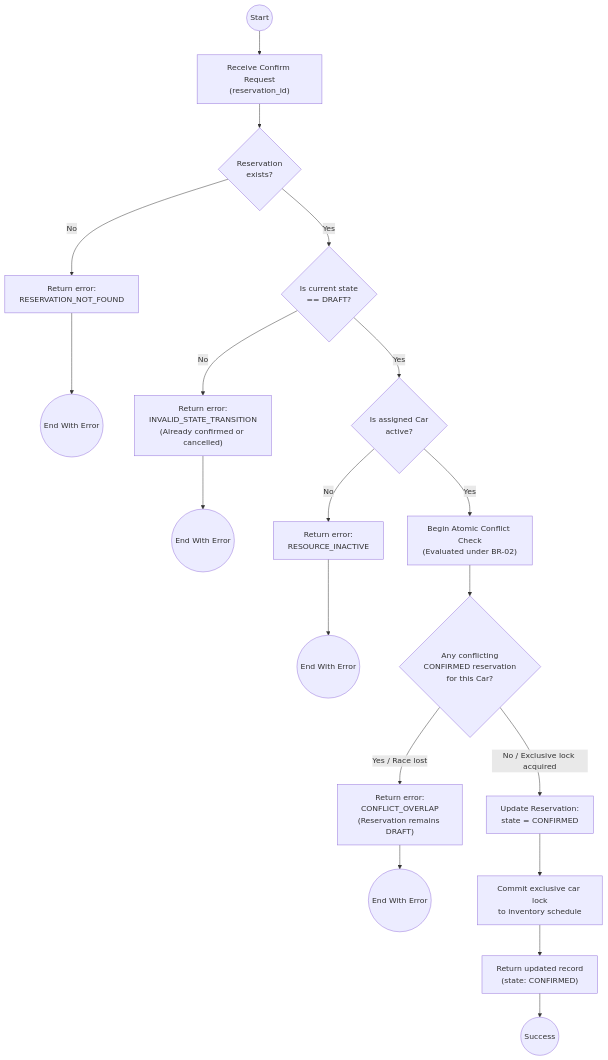
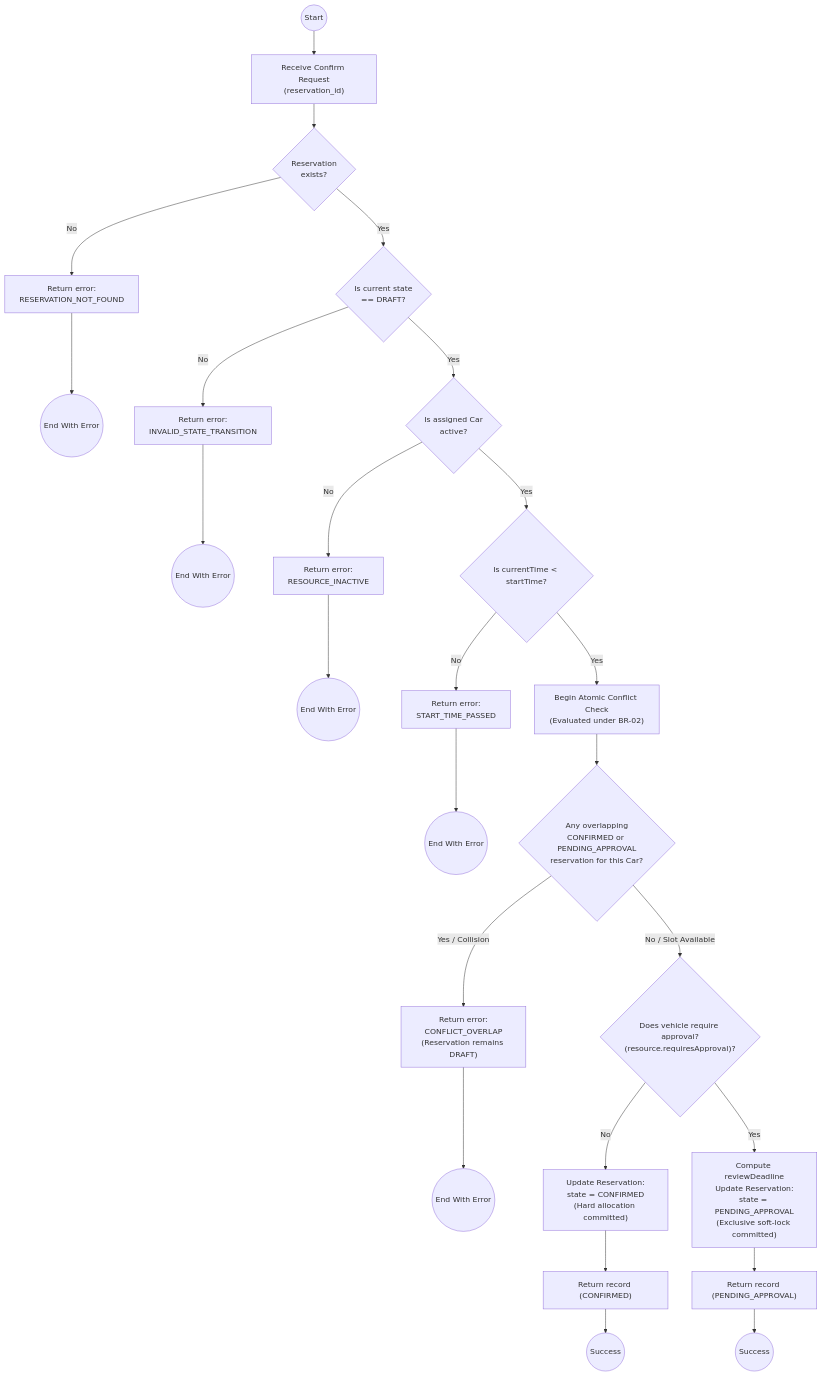
The diagram in docs/specification/operations/03-confirm-reservation/OP-03-confirm-reservation-flow.mmd (Zephy-X/AutaRepo), drawn with Mermaid before and after one commit. The commit also changed 57 other files, not shown here.

```diff
--- a/docs/specification/operations/03-confirm-reservation/OP-03-confirm-reservation-flow.mmd
+++ b/docs/specification/operations/03-confirm-reservation/OP-03-confirm-reservation-flow.mmd
@@ -1,25 +1,36 @@
 flowchart TD
     startNode((Start)) --> ReceiveConfirm["Receive Confirm Request<br>(reservation_id)"]
 
     ReceiveConfirm --> FindReservation{"Reservation<br>exists?"}
     FindReservation -- No --> ErrNotFound["Return error:<br>RESERVATION_NOT_FOUND"]
     ErrNotFound --> endErr1((End With Error))
 
     FindReservation -- Yes --> CheckState{"Is current state<br>== DRAFT?"}
-    CheckState -- No --> ErrState["Return error:<br>INVALID_STATE_TRANSITION<br>(Already confirmed or cancelled)"]
+    CheckState -- No --> ErrState["Return error:<br>INVALID_STATE_TRANSITION"]
     ErrState --> endErr2((End With Error))
 
     CheckState -- Yes --> CheckCarActive{"Is assigned Car<br>active?"}
     CheckCarActive -- No --> ErrCarInactive["Return error:<br>RESOURCE_INACTIVE"]
     ErrCarInactive --> endErr3((End With Error))
 
-    CheckCarActive -- Yes --> LockCheck["Begin Atomic Conflict Check<br>(Evaluated under BR-02)"]
-    LockCheck --> DetectCollision{"Any conflicting<br>CONFIRMED reservation<br>for this Car?"}
+    CheckCarActive -- Yes --> CheckTime{"Is currentTime < startTime?"}
+    CheckTime -- No --> ErrTime["Return error:<br>START_TIME_PASSED"]
+    ErrTime --> endErr4((End With Error))
 
-    DetectCollision -- Yes / Race lost --> ErrConflict["Return error:<br>CONFLICT_OVERLAP<br>(Reservation remains DRAFT)"]
-    ErrConflict --> endErr4((End With Error))
+    CheckTime -- Yes --> LockCheck["Begin Atomic Conflict Check<br>(Evaluated under BR-02)"]
+    LockCheck --> DetectCollision{"Any overlapping<br>CONFIRMED or PENDING_APPROVAL<br>reservation for this Car?"}
 
-    DetectCollision -- No / Exclusive lock acquired --> UpdateState["Update Reservation:<br>state = CONFIRMED"]
-    UpdateState --> CommitAllocation["Commit exclusive car lock<br>to inventory schedule"]
-    CommitAllocation --> ReturnConfirmed["Return updated record<br>(state: CONFIRMED)"]
-    ReturnConfirmed --> endSuccess((Success))
+    DetectCollision -- Yes / Collision --> ErrConflict["Return error:<br>CONFLICT_OVERLAP<br>(Reservation remains DRAFT)"]
+    ErrConflict --> endErr5((End With Error))
+
+    DetectCollision -- No / Slot Available --> CheckLuxury{"Does vehicle require approval?<br>(resource.requiresApproval)?"}
+
+%% Standard Vehicle Path
+    CheckLuxury -- No --> SetConfirmed["Update Reservation:<br>state = CONFIRMED<br>(Hard allocation committed)"]
+    SetConfirmed --> ReturnConfirmed["Return record (CONFIRMED)"]
+    ReturnConfirmed --> endSuccess1((Success))
+
+%% Luxury Vehicle Path
+    CheckLuxury -- Yes --> SetPending["Compute reviewDeadline<br>Update Reservation:<br>state = PENDING_APPROVAL<br>(Exclusive soft-lock committed)"]
+    SetPending --> ReturnPending["Return record (PENDING_APPROVAL)"]
+    ReturnPending --> endSuccess2((Success))
```
